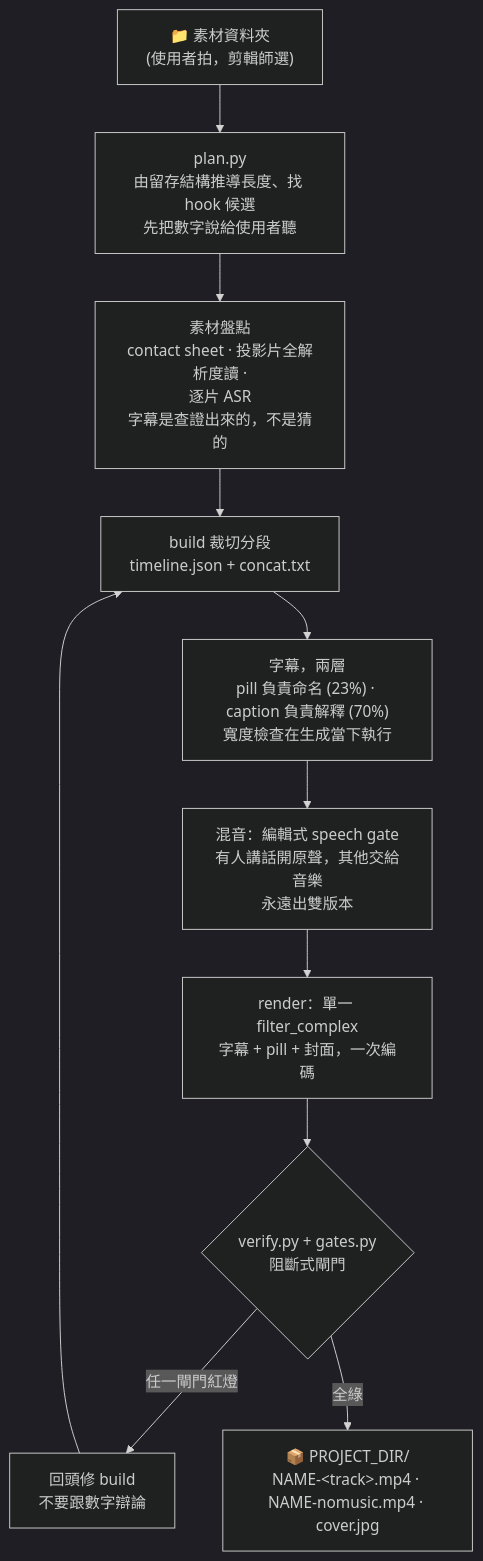
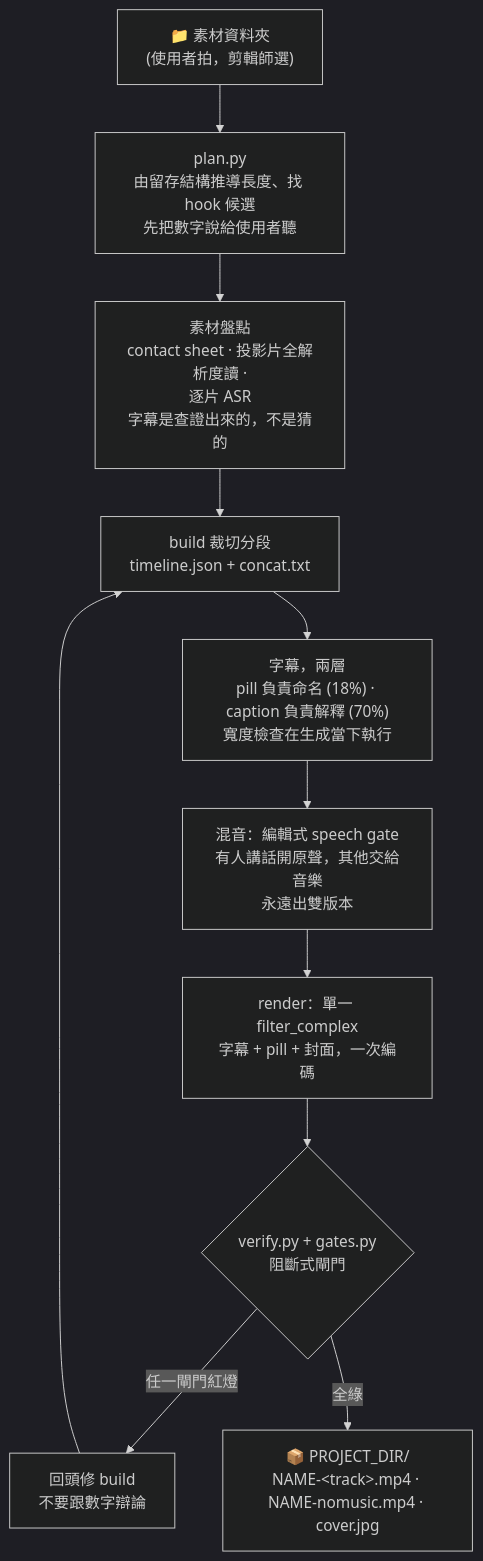
The diagram in README.zh-TW.md (chyiiiiiiiiiiii/yiibu), drawn with Mermaid (dark theme) before and after one commit. The commit also changed other lines of this file and 17 other files, not shown here.

````diff
--- a/README.zh-TW.md
+++ b/README.zh-TW.md
@@ -31,12 +31,12 @@
 ```mermaid
 flowchart TD
     A["📁 素材資料夾<br/>(使用者拍，剪輯師選)"] --> P["plan.py<br/>由留存結構推導長度、找 hook 候選<br/>先把數字說給使用者聽"]
     P --> I["素材盤點<br/>contact sheet · 投影片全解析度讀 ·<br/>逐片 ASR<br/>字幕是查證出來的，不是猜的"]
     I --> B["build 裁切分段<br/>timeline.json + concat.txt"]
-    B --> C["字幕，兩層<br/>pill 負責命名 (23%) · caption 負責解釋 (70%)<br/>寬度檢查在生成當下執行"]
+    B --> C["字幕，兩層<br/>pill 負責命名 (18%) · caption 負責解釋 (70%)<br/>寬度檢查在生成當下執行"]
     C --> M["混音：編輯式 speech gate<br/>有人講話開原聲，其他交給音樂<br/>永遠出雙版本"]
     M --> R["render：單一 filter_complex<br/>字幕 + pill + 封面，一次編碼"]
     R --> G{"verify.py + gates.py<br/>阻斷式閘門"}
     G -->|任一閘門紅燈| F["回頭修 build<br/>不要跟數字辯論"] --> B
     G -->|全綠| D["📦 PROJECT_DIR/<br/>NAME-&lt;track&gt;.mp4 · NAME-nomusic.mp4 · cover.jpg"]
 ```
````
